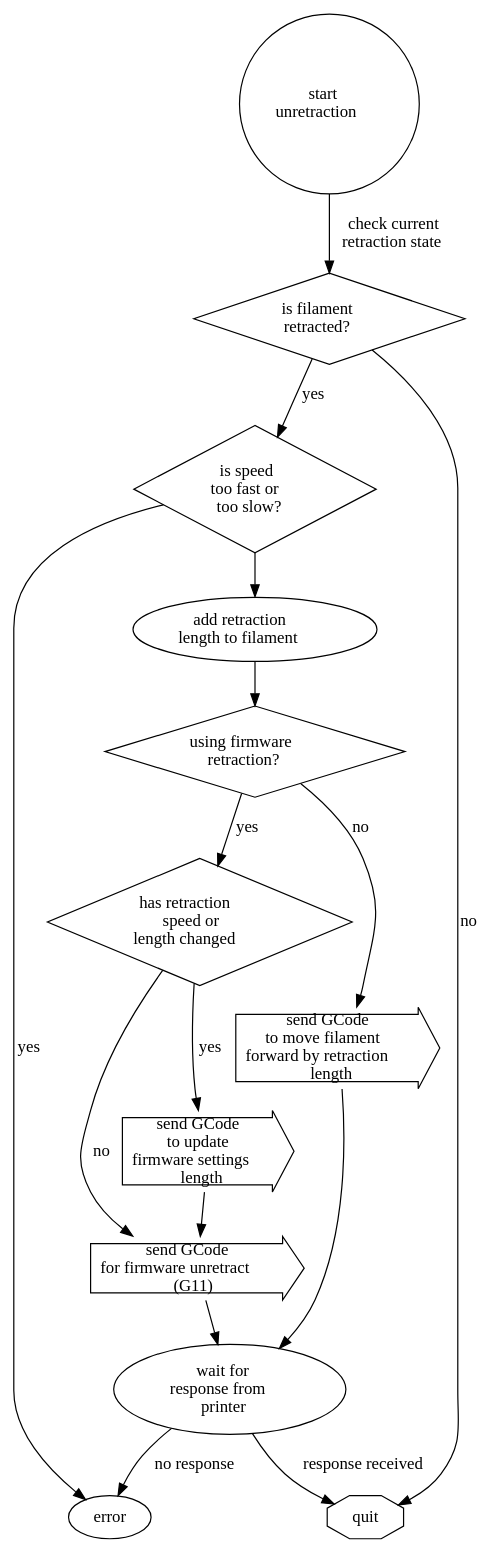
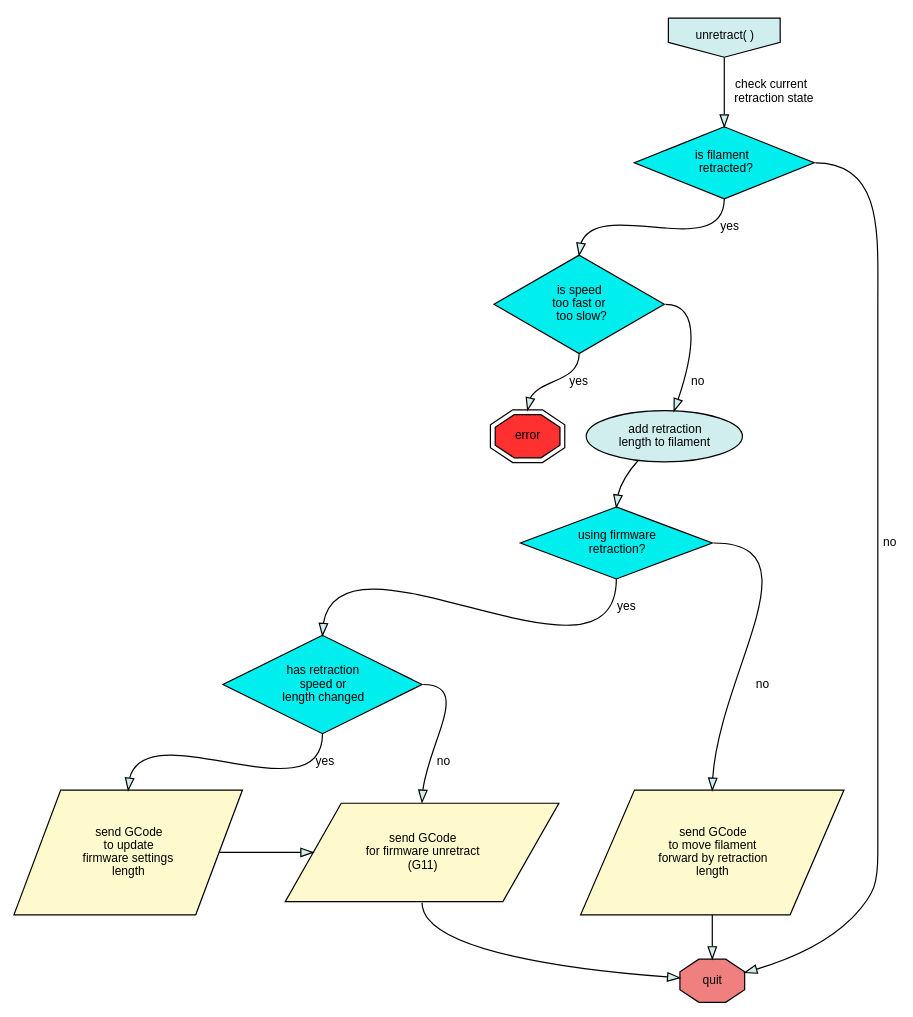
Before and after one commit to pixelpusher/liveprinter: the diagram in reference/unretraction.dot, drawn with Graphviz. The commit also changed 4 other files, not shown here.

Commit message:
unretraction and retraction flowcharts and colours

```diff
--- a/reference/unretraction.dot
+++ b/reference/unretraction.dot
@@ -1,65 +1,63 @@
 digraph unretract {
     splines="TRUE";
 
+    node [style="filled", fillcolor="lightcyan2", fontsize="10", fontname="Arial"]
+
+    edge [style="filled", fillcolor="lightcyan2", fontsize="10", fontname="Arial", compound=true]
+
     /* Entities */
-    start [label=<start<br/>unretraction>, shape="circle" ]
+    start [label=<unretract( )>, shape="invhouse" ]
     
     check [label=< is filament<br/>
-    retracted? > shape="diamond"]
+    retracted? > shape="diamond",style=filled, fillcolor="cyan2"]
     
     speedcheck[label=<is speed<br/>too fast or<br/>
-    too slow?> shape="diamond"]
+    too slow?> shape="diamond",style=filled, fillcolor="cyan2"]
     
     updatelength [label=<add retraction<br/>length to filament> shape="ellipse"]
 
-    firmwarecheck [label=<using firmware<br/>retraction?> shape="diamond"]
+    firmwarecheck [label=<using firmware<br/>retraction?> shape="diamond",style=filled, fillcolor="cyan2"]
 
-    speedchangecheck[label=<has retraction<br/>speed or<br/>length changed> shape="diamond"]
+    speedchangecheck[label=<has retraction<br/>speed or<br/>length changed> shape="diamond",style=filled, fillcolor="cyan2"]
 
-    manualretraction[label=<send GCode<br/>to move filament<br/>forward by retraction<br/>length> shape="rarrow"]
+    manualretraction[label=<send GCode<br/>to move filament<br/>forward by retraction<br/>length> shape="parallelogram",style="filled",fillcolor="lemonchiffon"]
 
-    sendfirmwareupdate[label=<send GCode<br/>to update<br/>firmware settings<br/>length> shape="rarrow"]
+    sendfirmwareupdate[label=<send GCode<br/>to update<br/>firmware settings<br/>length> shape="parallelogram",style="filled",fillcolor="lemonchiffon"]
 
-    sendfirmware [label=<send GCode<br/>for firmware unretract<br/>(G11)> shape="rarrow"]
+    sendfirmware [label=<send GCode<br/>for firmware unretract<br/>(G11)> shape="parallelogram",style="filled",fillcolor="lemonchiffon"]
 
-    wait [label=<wait for<br/>
-    response from<br/>
-    printer>]
+    quit [shape="octagon",style=filled, fillcolor="lightcoral"]
 
-    quit [shape="octagon"]
-
+    error [shape="doubleoctagon",style=filled, fillcolor="firebrick1"]
 
     /* Relationships */
-    start -> check [label=<check current<br/>
+    start -> check:n [label=<check current<br/>
     retraction state>]
     
-    check -> quit [label="no"]
+    check:e -> quit [label="  no"]
 
-    check -> speedcheck [label="yes"]
+    check:s -> speedcheck:n [label="  yes"]
 
-    speedcheck -> error [label="yes"]
+    speedcheck:s -> error:n [label=" yes"]
 
-    speedcheck -> updatelength
+    speedcheck:e -> updatelength [label="  no"]
 
-    updatelength -> firmwarecheck
+    updatelength -> firmwarecheck:n
 
-    firmwarecheck -> speedchangecheck[label="yes"]
+    firmwarecheck:s -> speedchangecheck:n [label="  yes"]
 
-    firmwarecheck -> manualretraction[label="no"]
+    firmwarecheck:e -> manualretraction:n [label="  no"]
 
-    manualretraction -> wait
+    manualretraction -> quit
 
-    speedchangecheck -> sendfirmwareupdate[label="yes"]
+    speedchangecheck:s -> sendfirmwareupdate:n [label="yes"]
 
     sendfirmwareupdate -> sendfirmware
 
-    sendfirmware -> wait
+    sendfirmware:s -> quit
 
-    speedchangecheck -> sendfirmware[label="no"]
-
-    wait -> quit[label="response received"]
-    wait -> error[label="no response"]
+    speedchangecheck:e -> sendfirmware:n [label="  no"]
 
     /* Ranks */
-    { rank=same; };
+    { rank=same; sendfirmwareupdate; sendfirmware;manualretraction};
 }
```
